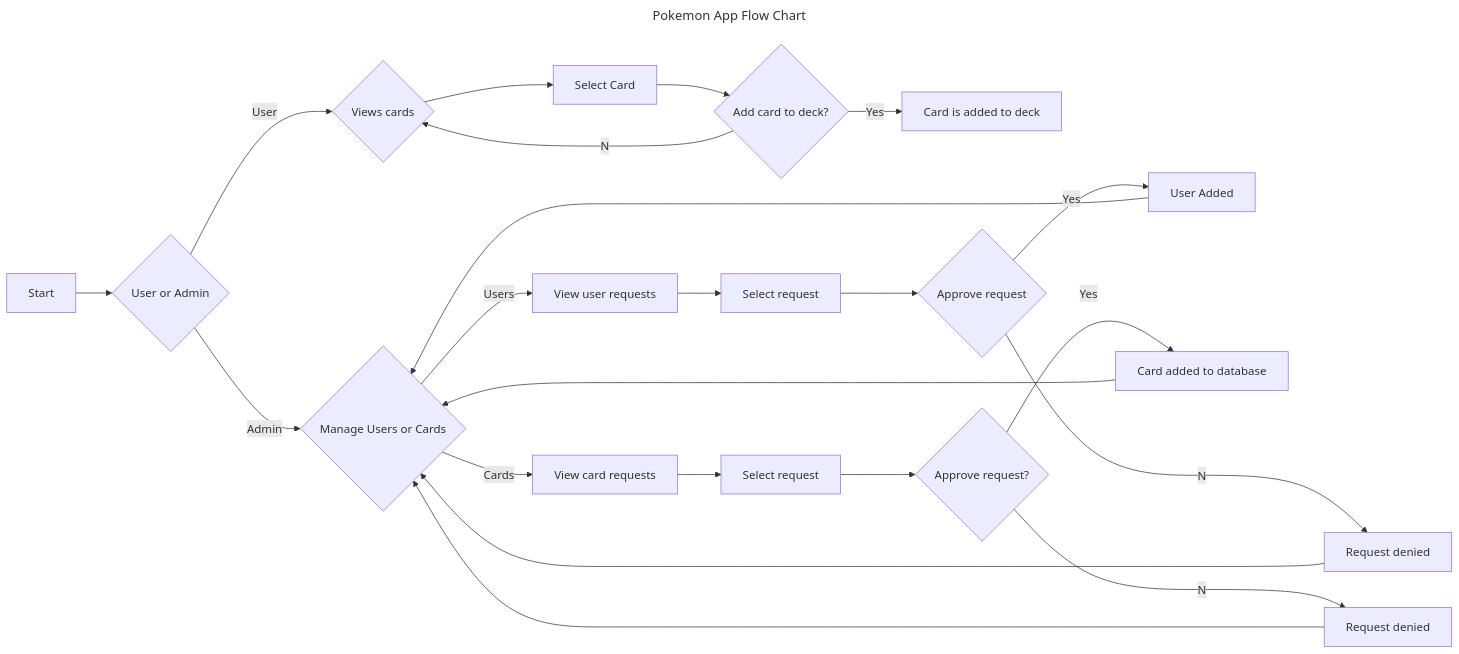
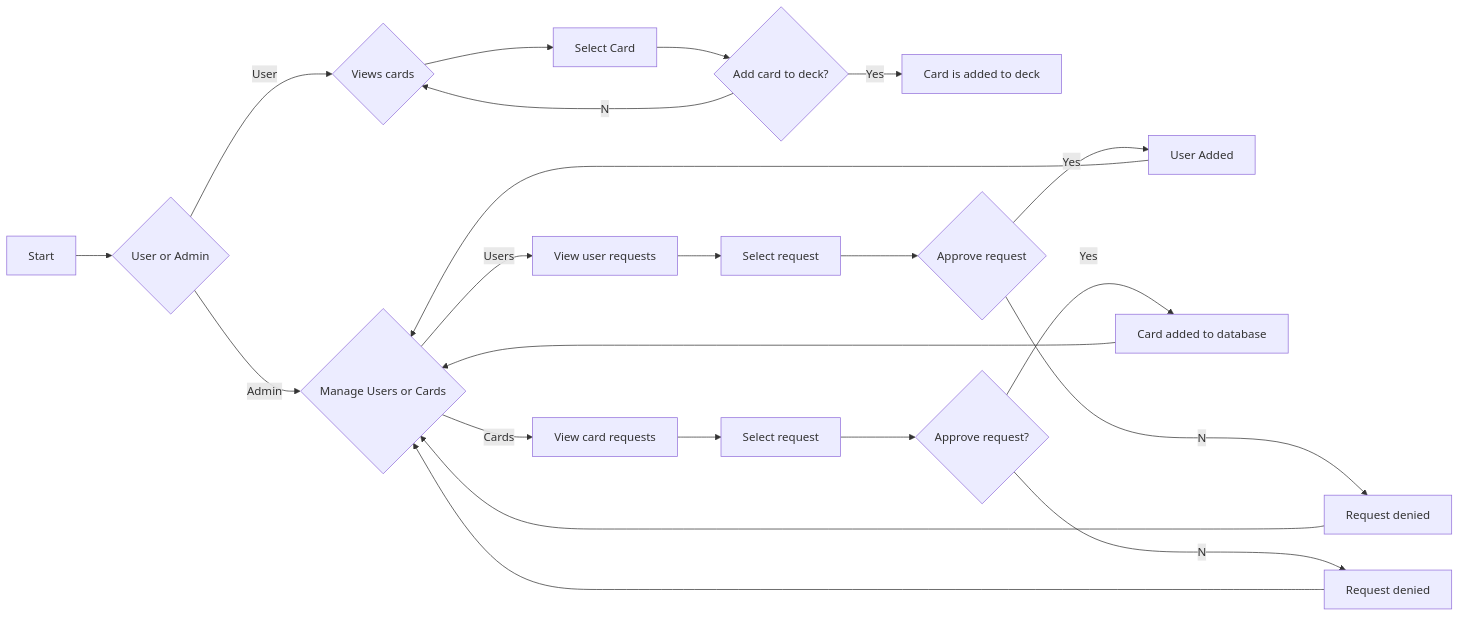
One commit to davwright3/git-practice-davidwright changed the second of 4 diagrams in Pokemon_Practice/README.md. Above: the diagram before and after it, drawn with Mermaid. The commit also changed other lines of this file, not shown here.

````diff
--- a/Pokemon_Practice/README.md
+++ b/Pokemon_Practice/README.md
@@ -38,19 +39,16 @@
 ```mermaid
----
-title: Pokemon App Flow Chart
----
 flowchart LR
   
   A["Start"]-->B{"User or Admin"}
   B--User-->C{"Views cards"}-->D["Select Card"]-->E{"Add card to deck?"}
   E--Yes-->F["Card is added to deck"]
   E--No-->C
   B--Admin-->G{"Manage Users or Cards"}
   G--Users-->H["View user requests"]-->I["Select request"]-->J{"Approve request"}
   J--Yes-->K["User Added"]-->G
   J--No-->L["Request denied"]-->G
   G--Cards-->M["View card requests"]-->N["Select request"]-->O{"Approve request?"}
   O--Yes-->P["Card added to database"]-->G
   O--No-->Q["Request denied"]-->G
   
 ```
````
